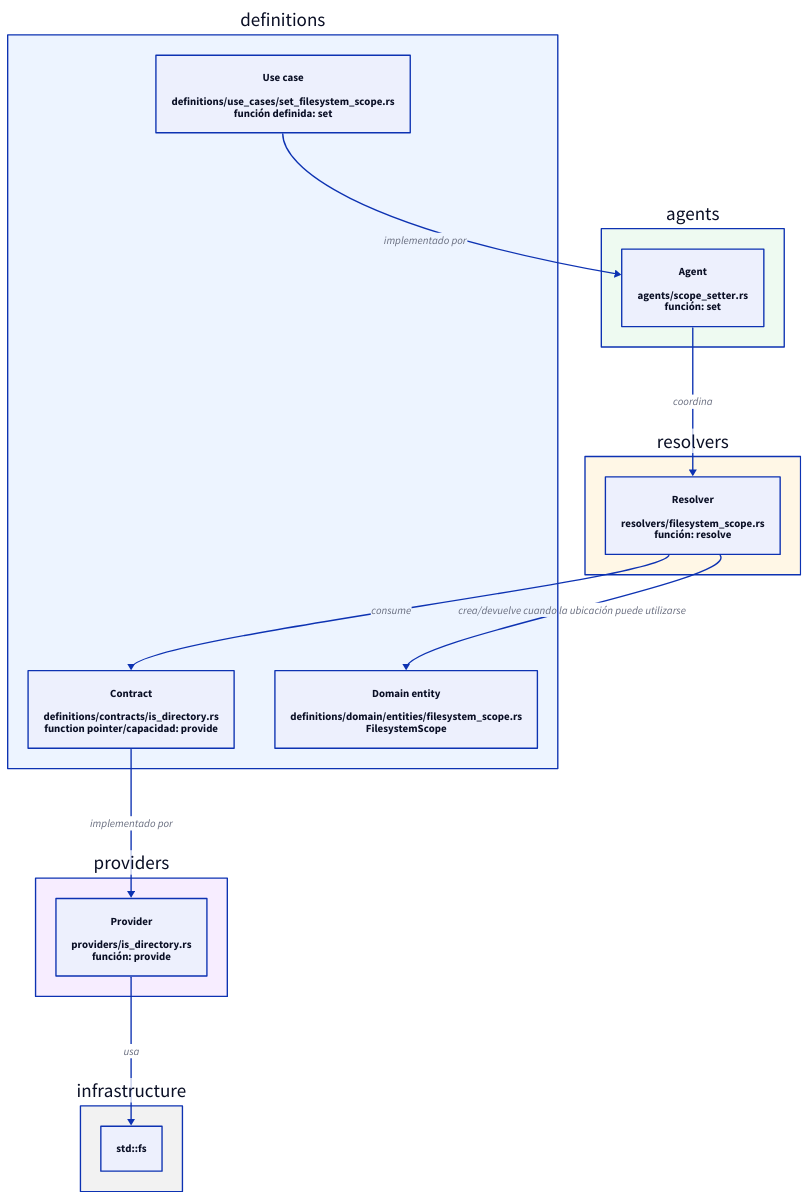
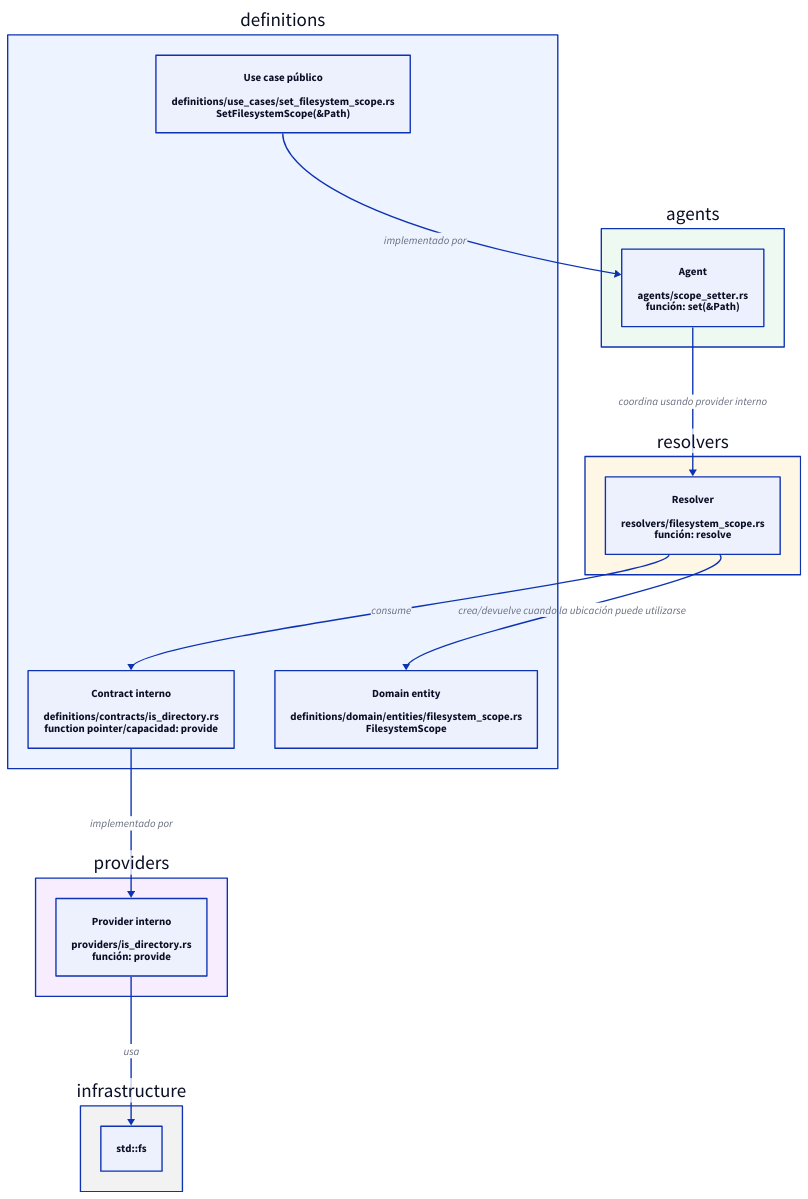
The diagram in evo-shell-engine/technical_documentation/use_cases/UC-001-set-filesystem-scope/architecture.d2 (niqel/evolution), drawn with D2 before and after one commit. The commit also changed 11 other files, not shown here.

```diff
--- a/evo-shell-engine/technical_documentation/use_cases/UC-001-set-filesystem-scope/architecture.d2
+++ b/evo-shell-engine/technical_documentation/use_cases/UC-001-set-filesystem-scope/architecture.d2
@@ -1,56 +1,56 @@
 direction: down
 
 definitions: "definitions" {
   style.fill: "#edf4ff"
 
-  use_case: "Use case\n\ndefinitions/use_cases/set_filesystem_scope.rs\nfunción definida: set" {
+  use_case: "Use case público\n\ndefinitions/use_cases/set_filesystem_scope.rs\nSetFilesystemScope(&Path)" {
     shape: rectangle
   }
 
-  contract: "Contract\n\ndefinitions/contracts/is_directory.rs\nfunction pointer/capacidad: provide" {
+  contract: "Contract interno\n\ndefinitions/contracts/is_directory.rs\nfunction pointer/capacidad: provide" {
     shape: rectangle
   }
 
   domain_entity: "Domain entity\n\ndefinitions/domain/entities/filesystem_scope.rs\nFilesystemScope" {
     shape: rectangle
   }
 }
 
 agents: "agents" {
   style.fill: "#eefaf1"
 
-  scope_setter: "Agent\n\nagents/scope_setter.rs\nfunción: set" {
+  scope_setter: "Agent\n\nagents/scope_setter.rs\nfunción: set(&Path)" {
     shape: rectangle
   }
 }
 
 resolvers: "resolvers" {
   style.fill: "#fff7e6"
 
   filesystem_scope: "Resolver\n\nresolvers/filesystem_scope.rs\nfunción: resolve" {
     shape: rectangle
   }
 }
 
 providers: "providers" {
   style.fill: "#f7edff"
 
-  is_directory_provider: "Provider\n\nproviders/is_directory.rs\nfunción: provide" {
+  is_directory_provider: "Provider interno\n\nproviders/is_directory.rs\nfunción: provide" {
     shape: rectangle
   }
 }
 
 infrastructure: "infrastructure" {
   style.fill: "#f2f2f2"
 
   std_fs: "std::fs" {
     shape: rectangle
   }
 }
 
 definitions.use_case -> agents.scope_setter: "implementado por"
-agents.scope_setter -> resolvers.filesystem_scope: "coordina"
+agents.scope_setter -> resolvers.filesystem_scope: "coordina usando provider interno"
 resolvers.filesystem_scope -> definitions.contract: "consume"
 definitions.contract -> providers.is_directory_provider: "implementado por"
 providers.is_directory_provider -> infrastructure.std_fs: "usa"
 resolvers.filesystem_scope -> definitions.domain_entity: "crea/devuelve cuando la ubicación puede utilizarse"
```
